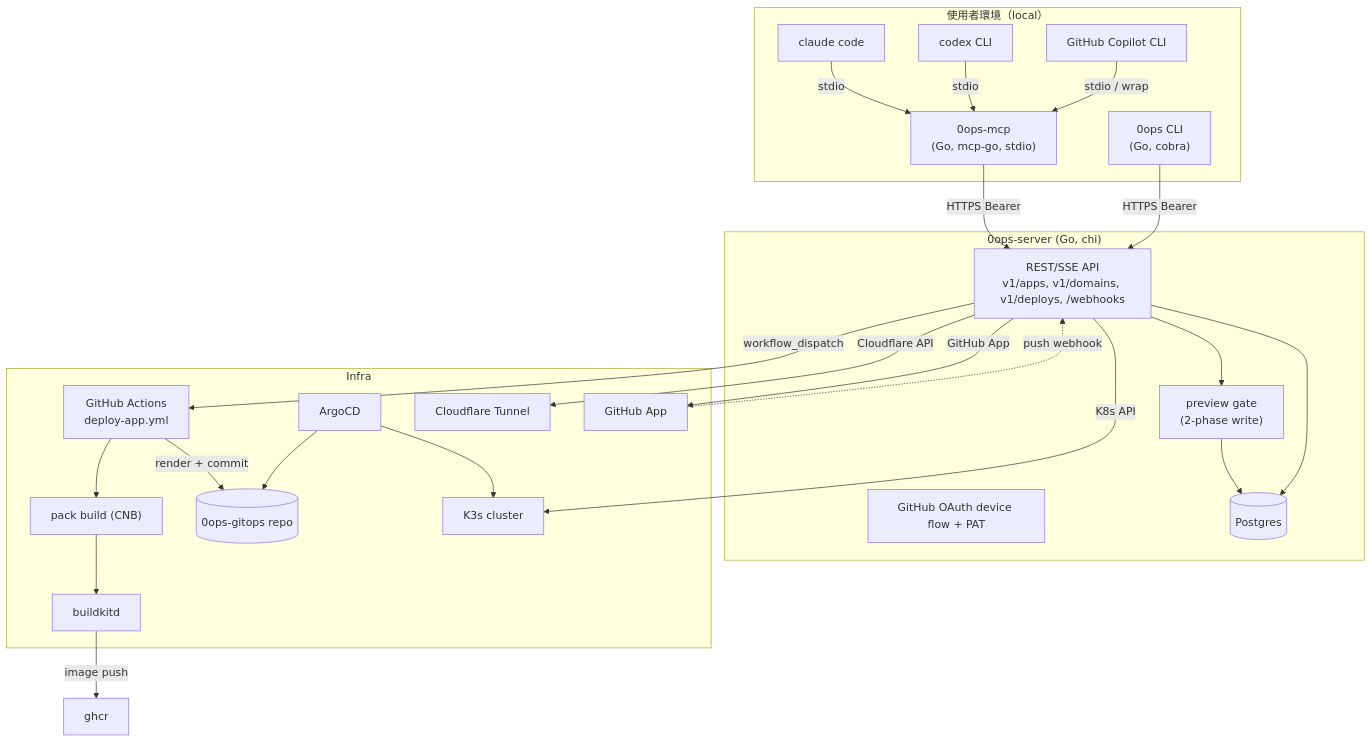
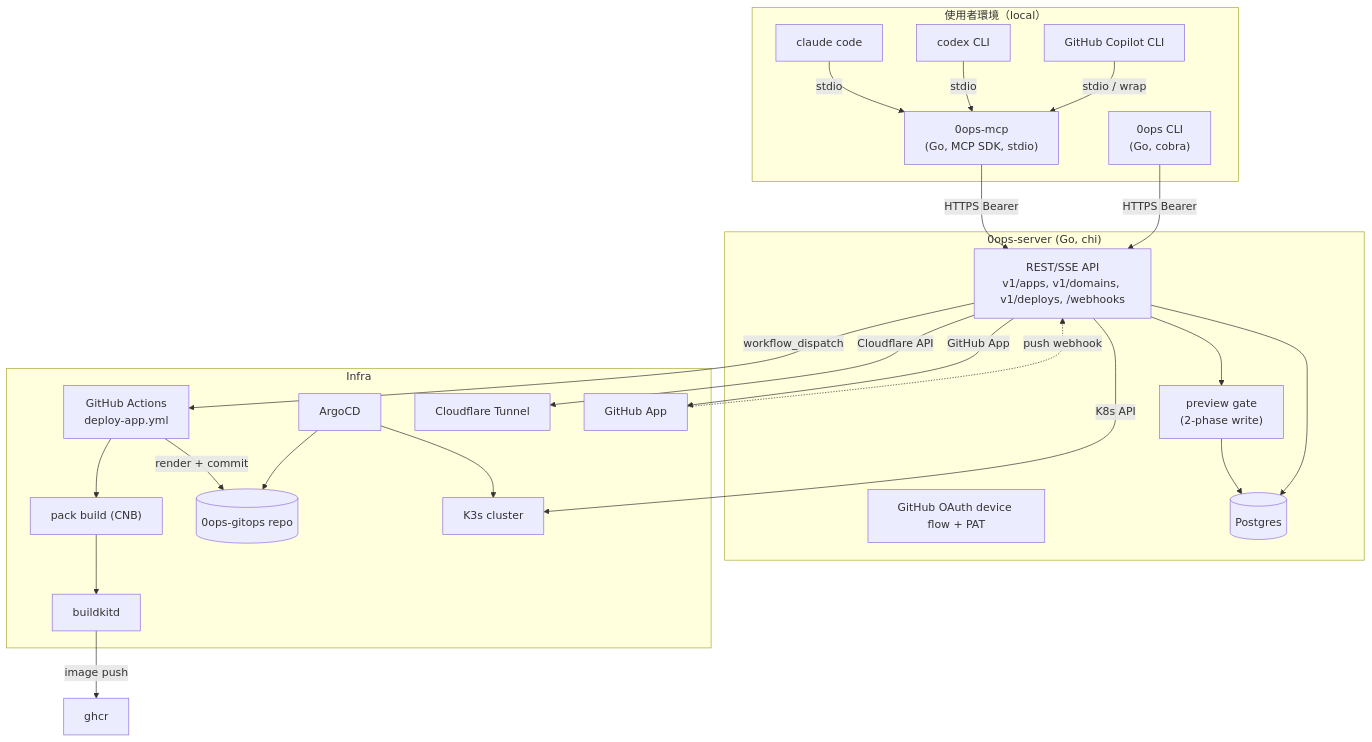
Before and after one commit to wusung/0ops: the diagram in docs/0ops-plan.md, drawn with Mermaid. The commit also changed other lines of this file, not shown here.

````diff
--- a/docs/0ops-plan.md
+++ b/docs/0ops-plan.md
@@ -61,46 +61,46 @@
 ```mermaid
 flowchart TB
     subgraph User["使用者環境（local）"]
         CLI["0ops CLI<br/>(Go, cobra)"]
         ClaudeC["claude code"]
         Codex["codex CLI"]
         Copilot["GitHub Copilot CLI"]
-        MCP["0ops-mcp<br/>(Go, mcp-go, stdio)"]
+        MCP["0ops-mcp<br/>(Go, MCP SDK, stdio)"]
     end
     subgraph BE["0ops-server (Go, chi)"]
         API["REST/SSE API<br/>v1/apps, v1/domains, v1/deploys, /webhooks"]
         Preview["preview gate<br/>(2-phase write)"]
         Auth["GitHub OAuth device flow + PAT"]
         DB[(Postgres)]
     end
     subgraph Infra
         CI["GitHub Actions<br/>deploy-app.yml"]
         Pack["pack build (CNB)"]
         BK[buildkitd]
         GitOps[("0ops-gitops repo")]
         Argo[ArgoCD]
         Tunnel[Cloudflare Tunnel]
         K3s[K3s cluster]
         GH[GitHub App]
     end
 
     ClaudeC -- "stdio" --> MCP
     Codex -- "stdio" --> MCP
     Copilot -- "stdio / wrap" --> MCP
     MCP -- "HTTPS Bearer" --> API
     CLI -- "HTTPS Bearer" --> API
     API --> Preview
     Preview --> DB
     API --> DB
     API -- "workflow_dispatch" --> CI
     CI --> Pack
     Pack --> BK
     BK -- "image push" --> ghcr
     CI -- "render + commit" --> GitOps
     Argo --> GitOps
     Argo --> K3s
     API -- "Cloudflare API" --> Tunnel
     API -- "K8s API" --> K3s
     API -- "GitHub App" --> GH
     GH -. "push webhook" .-> API
 ```
````
